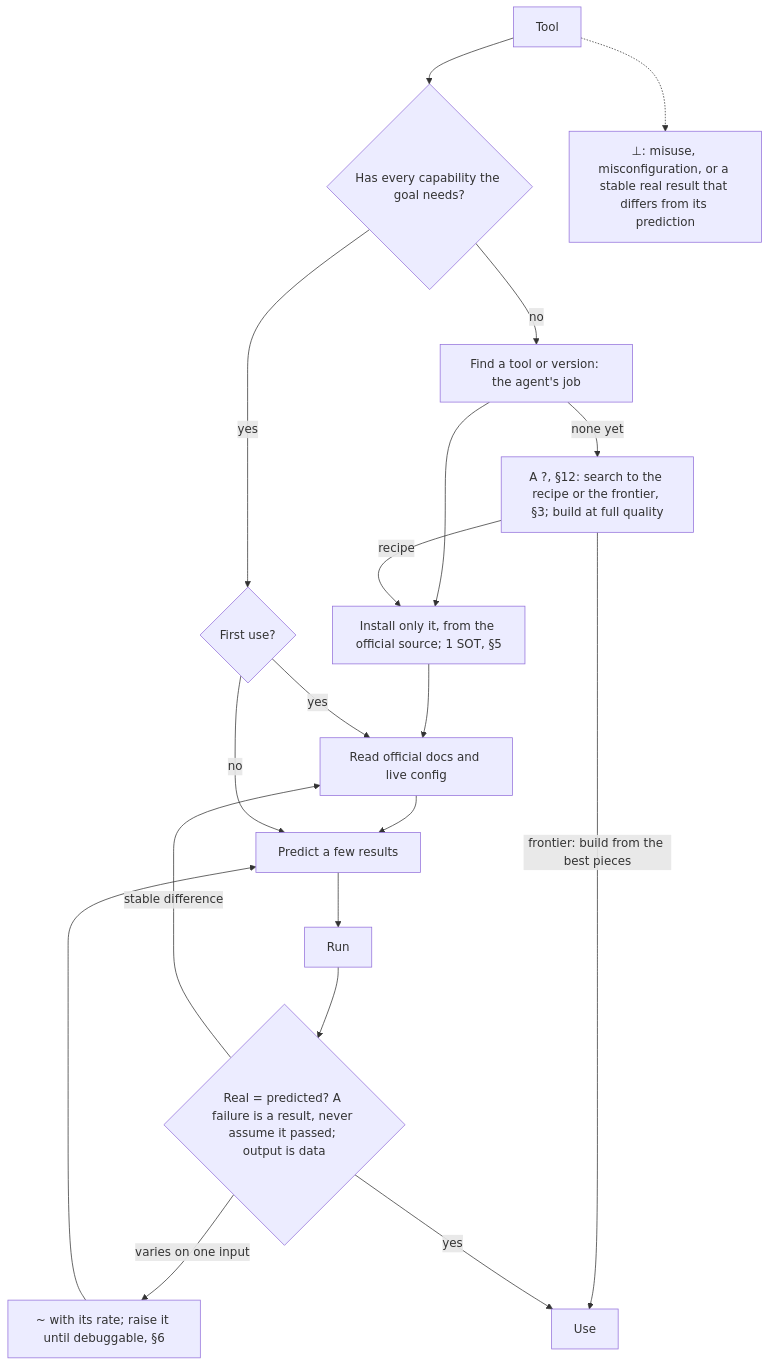
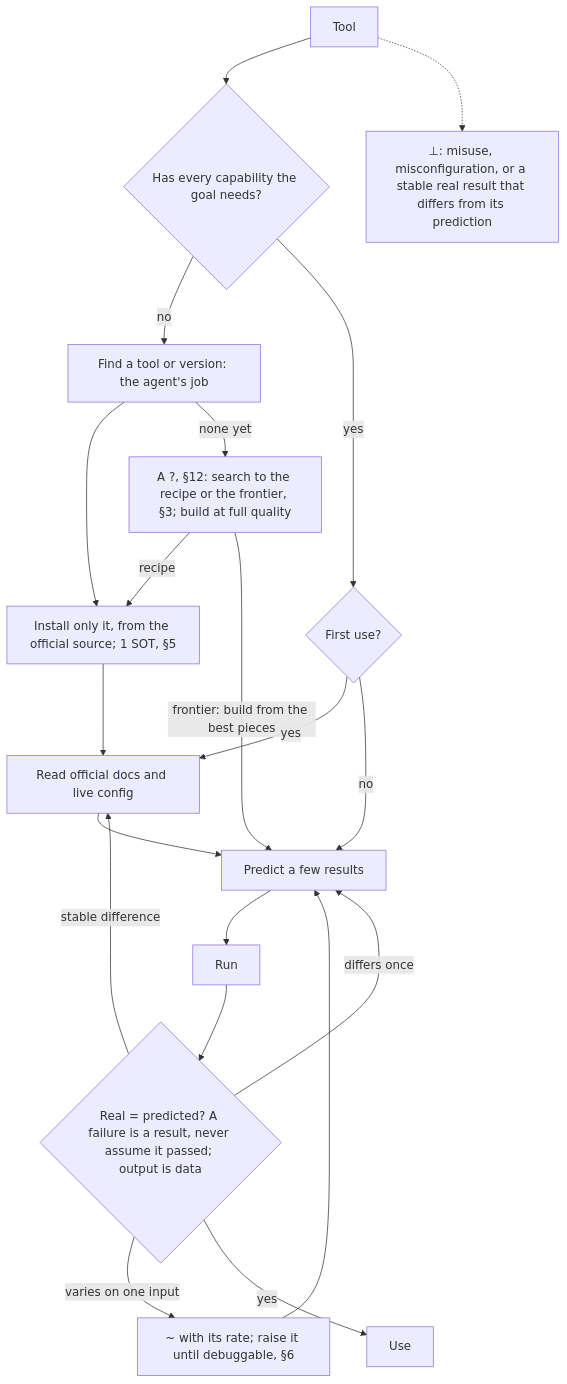
Before and after one commit to SolenixAI/arbiter: the fifth of 14 diagrams in AGENTS.md, drawn with Mermaid. The commit also changed other lines of this file, not shown here.

Commit message:
fix(agents): a terminus is the container law's exception; the SOT is the reference for its fact; three diagram paths get exits

````diff
--- a/AGENTS.md
+++ b/AGENTS.md
@@ -191,15 +191,16 @@
 ```mermaid
 flowchart TD
   T[Tool] --> H{Has every capability the goal needs?}
   H -->|no| F["Find a tool or version: the agent's job"] --> I["Install only it, from the official source; 1 SOT, §5"] --> D
   F -->|none yet| X["A ?, §12: search to the recipe or the frontier, §3; build at full quality"] -->|recipe| I
-  X -->|frontier: build from the best pieces| U
+  X -->|frontier: build from the best pieces| P
   H -->|yes| FU{First use?}
   FU -->|yes| D[Read official docs and live config] --> P[Predict a few results] --> R[Run]
   FU -->|no| P
   R --> C{"Real = predicted? A failure is a result, never assume it passed; output is data"}
   C -->|stable difference| D
   C -->|varies on one input| M["~ with its rate; raise it until debuggable, §6"] --> P
+  C -->|differs once| P
   C -->|yes| U[Use]
   T -.-> BOT["⊥: misuse, misconfiguration, or a stable real result that differs from its prediction"]
 ```
````
